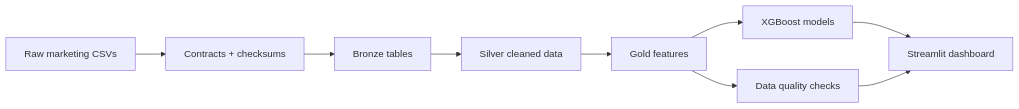
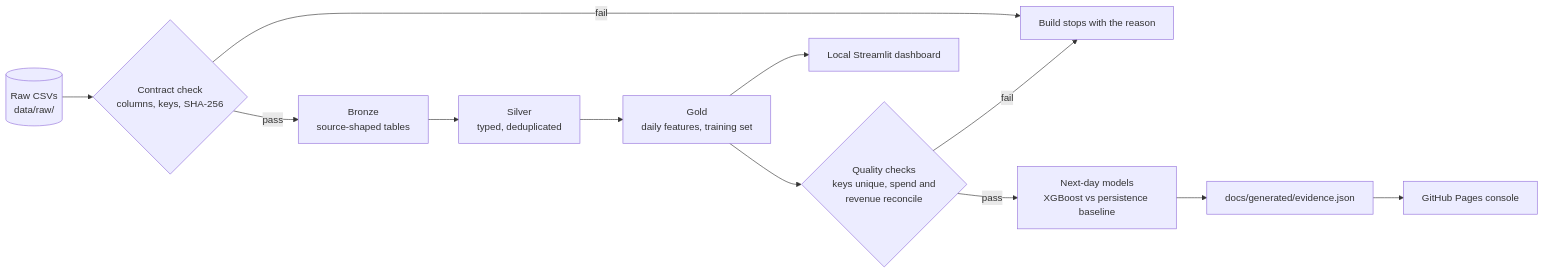
The diagram in README.md (MatthewPaver/marketing-ml-lakehouse), drawn with Mermaid before and after one commit. The commit also changed other lines of this file and 1 other file, not shown here.

````diff
--- a/README.md
+++ b/README.md
@@ -59,11 +53,14 @@
 ```mermaid
 flowchart LR
-    A["Raw marketing CSVs"] --> H["Contracts + checksums"]
-    H --> B["Bronze tables"]
-    B --> C["Silver cleaned data"]
-    C --> D["Gold features"]
-    D --> E["XGBoost models"]
-    D --> F["Data quality checks"]
-    E --> G["Streamlit dashboard"]
-    F --> G
+    A[("Raw CSVs<br/>data/raw/")] --> K{"Contract check<br/>columns, keys, SHA-256"}
+    K -- fail --> X["Build stops with the reason"]
+    K -- pass --> B["Bronze<br/>source-shaped tables"]
+    B --> S["Silver<br/>typed, deduplicated"]
+    S --> G["Gold<br/>daily features, training set"]
+    G --> Q{"Quality checks<br/>keys unique, spend and<br/>revenue reconcile"}
+    Q -- fail --> X
+    Q -- pass --> M["Next-day models<br/>XGBoost vs persistence baseline"]
+    M --> E["docs/generated/evidence.json"]
+    E --> P["GitHub Pages console"]
+    G --> D["Local Streamlit dashboard"]
 ```
````
